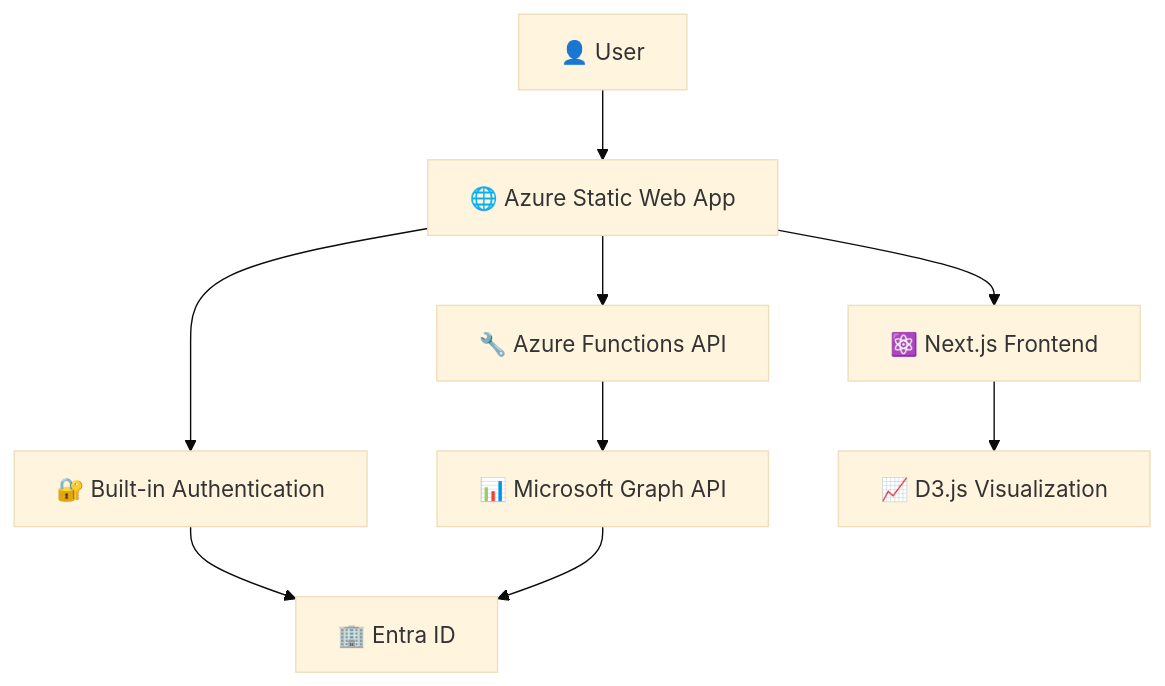
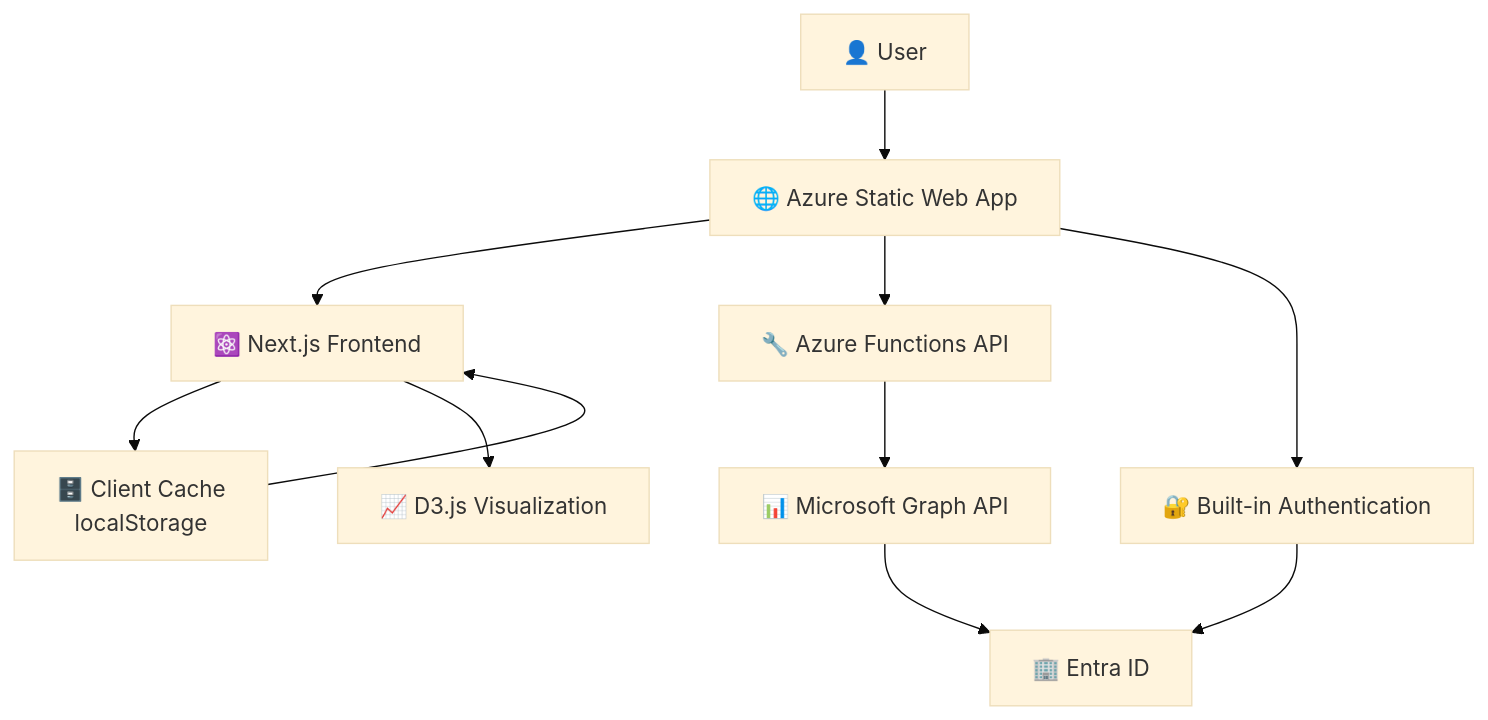
Before and after one commit to OfirGavish/Group-Tree-Membership-Visualizer: the diagram in README.md, drawn with Mermaid (base theme). The commit also changed other lines of this file and 3 other files, not shown here.

````diff
--- a/README.md
+++ b/README.md
@@ -111,14 +111,17 @@
 ```mermaid
 graph TB
     User[👤 User] --> SWA[🌐 Azure Static Web App]
     SWA --> Frontend[⚛️ Next.js Frontend]
     SWA --> API[🔧 Azure Functions API]
+    
+    Frontend --> Cache[🗄️ Client Cache<br/>localStorage]
+    Cache --> Frontend
     
     SWA --> Auth[🔐 Built-in Authentication]
     API --> Graph[📊 Microsoft Graph API]
     
     Auth --> EID[🏢 Entra ID]
     Graph --> EID
     
     Frontend --> D3[📈 D3.js Visualization]
 ```
````
